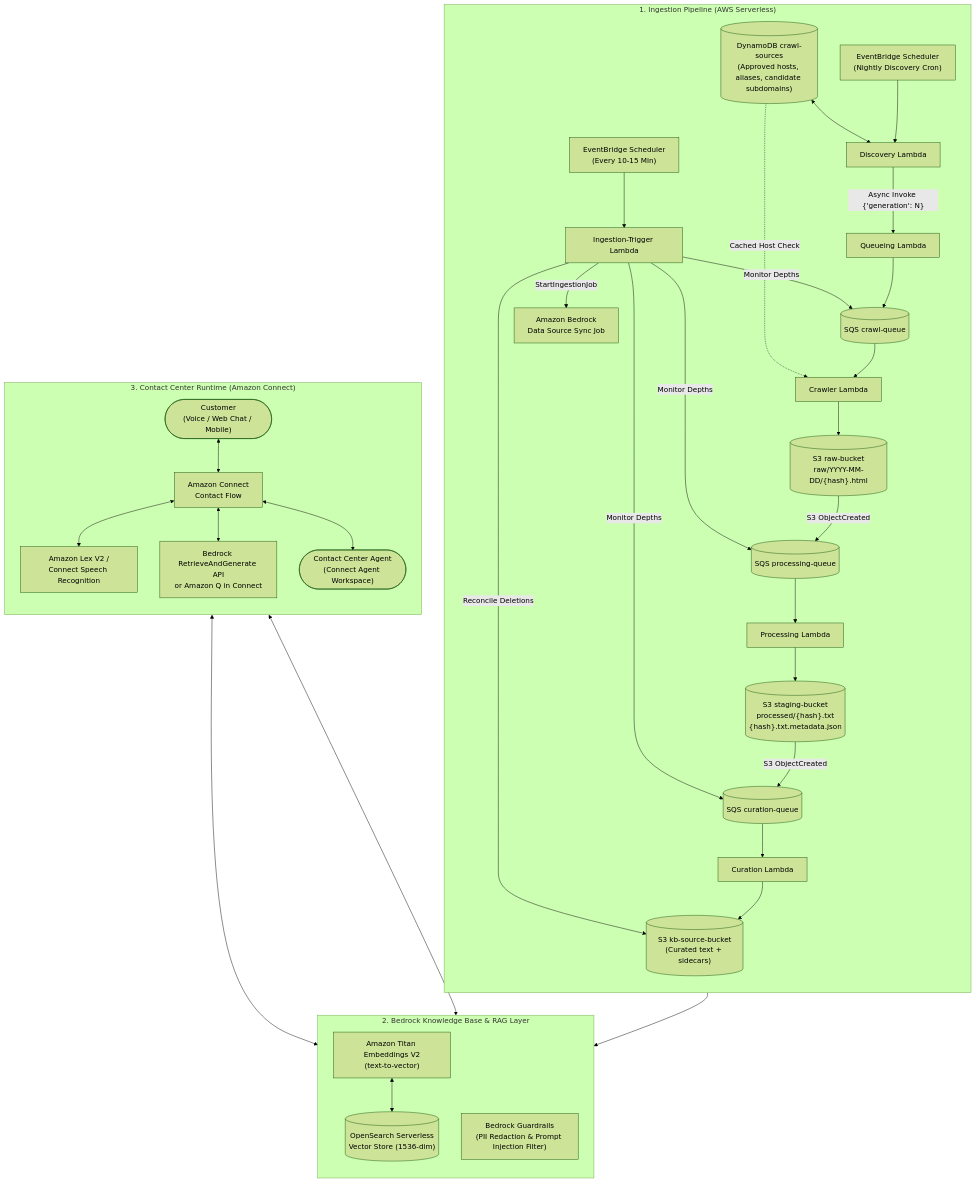
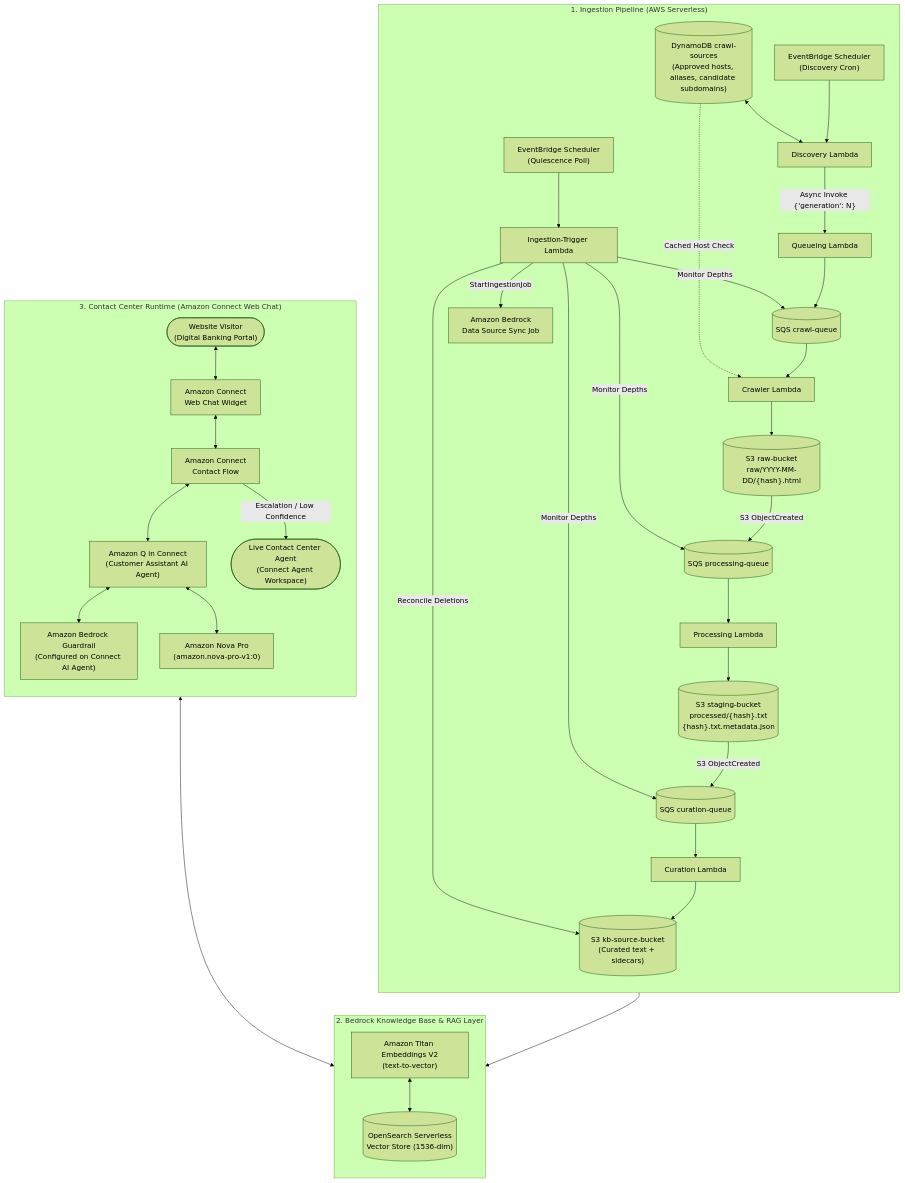
Before and after one commit to rahul77x/custom-web-crawler-bedrock: the diagram in diagrams/architecture_diagram.mmd, drawn with Mermaid (forest theme). The commit also changed 4 other files, not shown here.

Commit message:
docs: update LLD to v2.1 (text-based web chatbot, Amazon Q in Connect intent, Amazon Nova Pro, Connect-side guardrails, remove voice)

```diff
--- a/diagrams/architecture_diagram.mmd
+++ b/diagrams/architecture_diagram.mmd
@@ -1,40 +1,40 @@
 flowchart TD
     subgraph INGESTION["1. Ingestion Pipeline (AWS Serverless)"]
         direction TB
         SOURCES[("DynamoDB crawl-sources<br/>(Approved hosts, aliases, candidate subdomains)")]
-        EB1["EventBridge Scheduler<br/>(Nightly Discovery Cron)"] --> L1["Discovery Lambda"]
+        EB1["EventBridge Scheduler<br/>(Discovery Cron)"] --> L1["Discovery Lambda"]
         SOURCES <--> L1
         L1 -- "Async Invoke {'generation': N}" --> L2["Queueing Lambda"]
         L2 --> Q1[("SQS crawl-queue")]
         Q1 --> L3["Crawler Lambda"]
         SOURCES -. Cached Host Check .-> L3
         L3 --> S3_RAW[("S3 raw-bucket<br/>raw/YYYY-MM-DD/{hash}.html")]
         S3_RAW -- S3 ObjectCreated --> Q2[("SQS processing-queue")]
         Q2 --> L4["Processing Lambda"]
         L4 --> S3_STAGE[("S3 staging-bucket<br/>processed/{hash}.txt<br/>{hash}.txt.metadata.json")]
         S3_STAGE -- S3 ObjectCreated --> Q3[("SQS curation-queue")]
         Q3 --> L5["Curation Lambda"]
         L5 --> S3_KB[("S3 kb-source-bucket<br/>(Curated text + sidecars)")]
         
-        EB2["EventBridge Scheduler<br/>(Every 10-15 Min)"] --> L6["Ingestion-Trigger Lambda"]
+        EB2["EventBridge Scheduler<br/>(Quiescence Poll)"] --> L6["Ingestion-Trigger Lambda"]
         L6 -- Monitor Depths --> Q1 & Q2 & Q3
         L6 -- Reconcile Deletions --> S3_KB
         L6 -- StartIngestionJob --> BEDROCK_SYNC["Amazon Bedrock<br/>Data Source Sync Job"]
     end
 
     subgraph BEDROCK["2. Bedrock Knowledge Base & RAG Layer"]
         direction TB
         BEDROCK_SYNC --> AOSS[("OpenSearch Serverless<br/>Vector Store (1536-dim)")]
         TITAN["Amazon Titan Embeddings V2<br/>(text-to-vector)"] <--> AOSS
-        GUARDRAILS["Bedrock Guardrails<br/>(PII Redaction & Prompt Injection Filter)"]
     end
 
-    subgraph CONNECT["3. Contact Center Runtime (Amazon Connect)"]
+    subgraph CONNECT["3. Contact Center Runtime (Amazon Connect Web Chat)"]
         direction TB
-        CUSTOMER(["Customer<br/>(Voice / Web Chat / Mobile)"]) <--> FLOW["Amazon Connect<br/>Contact Flow"]
-        FLOW <--> LEX["Amazon Lex V2 /<br/>Connect Speech Recognition"]
-        FLOW <--> RAG_CALL["Bedrock RetrieveAndGenerate API<br/>or Amazon Q in Connect"]
-        RAG_CALL <--> GUARDRAILS
-        RAG_CALL <--> AOSS
-        FLOW <--> AGENT(["Contact Center Agent<br/>(Connect Agent Workspace)"])
+        USER(["Website Visitor<br/>(Digital Banking Portal)"]) <--> WIDGET["Amazon Connect<br/>Web Chat Widget"]
+        WIDGET <--> FLOW["Amazon Connect<br/>Contact Flow"]
+        FLOW <--> Q_CONNECT["Amazon Q in Connect<br/>(Customer Assistant AI Agent)"]
+        Q_CONNECT <--> GUARDRAILS["Amazon Bedrock Guardrail<br/>(Configured on Connect AI Agent)"]
+        Q_CONNECT <--> AOSS
+        Q_CONNECT <--> NOVA["Amazon Nova Pro<br/>(amazon.nova-pro-v1:0)"]
+        FLOW -- Escalation / Low Confidence --> AGENT(["Live Contact Center Agent<br/>(Connect Agent Workspace)"])
     end
```
